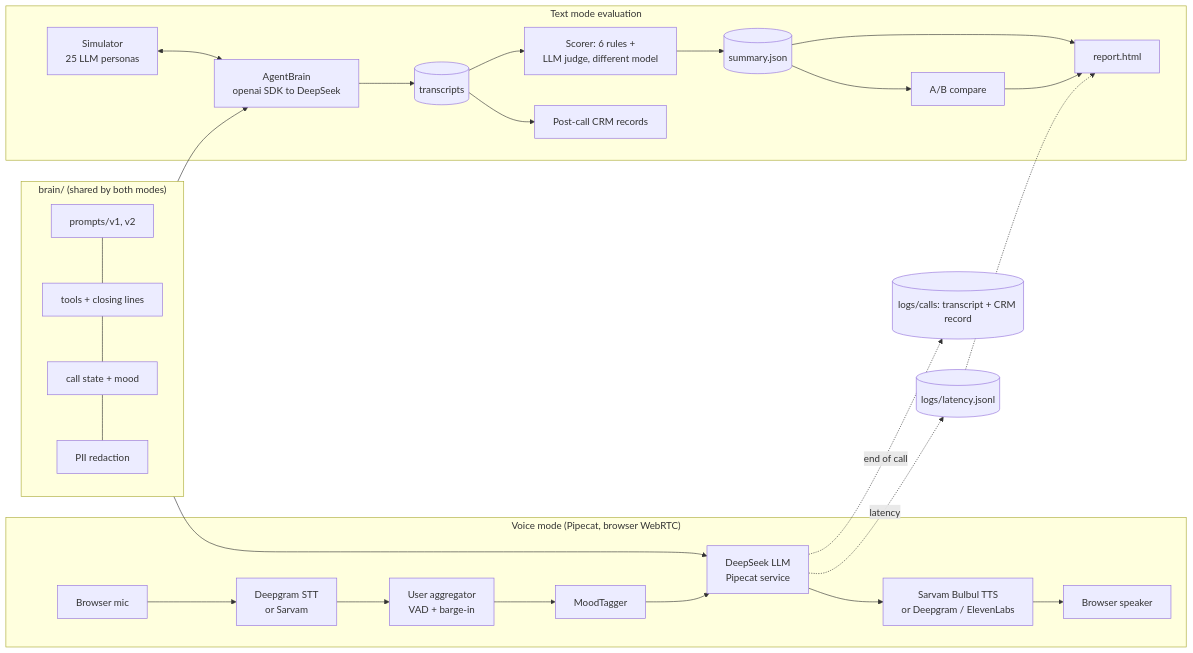
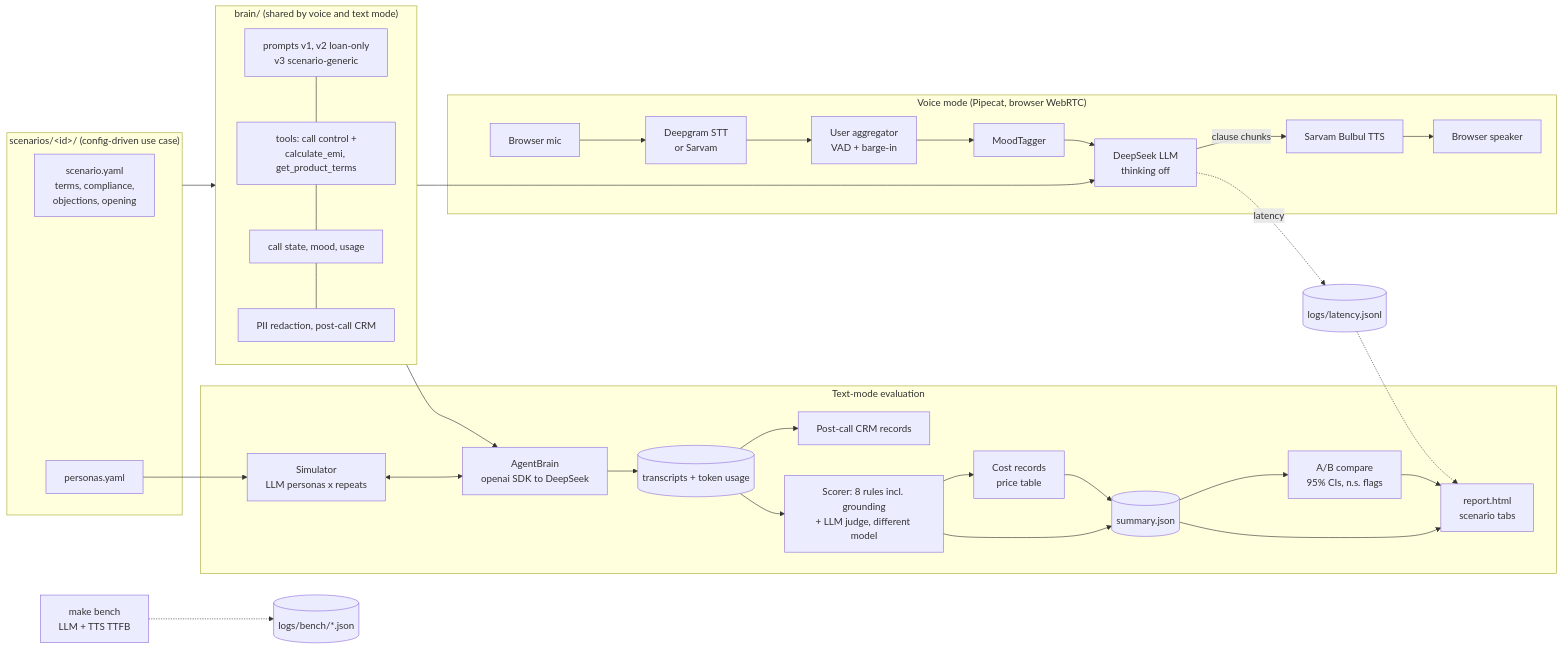
One commit to pragna2334-design/arrowhead-project changed the diagram in README.md. Above: the diagram before and after it, drawn with Mermaid. The commit also changed other lines of this file and 1 other file, not shown here.

First line of the commit message:
README and DECISIONS: scenarios, grounding, cost model, statistical method, bench

````diff
--- a/README.md
+++ b/README.md
@@ -25,33 +34,42 @@
 ```mermaid
 flowchart LR
+    subgraph Packs["scenarios/&lt;id&gt;/ (config-driven use case)"]
+        SY[scenario.yaml<br/>terms, compliance,<br/>objections, opening]
+        PY[personas.yaml]
+    end
+
+    subgraph Brain["brain/ (shared by voice and text mode)"]
+        P[prompts v1, v2 loan-only<br/>v3 scenario-generic] --- T[tools: call control +<br/>calculate_emi, get_product_terms]
+        T --- S[call state, mood, usage]
+        S --- R[PII redaction, post-call CRM]
+    end
+
     subgraph Voice["Voice mode (Pipecat, browser WebRTC)"]
         Mic[Browser mic] --> STT[Deepgram STT<br/>or Sarvam]
         STT --> UA[User aggregator<br/>VAD + barge-in]
         UA --> Mood[MoodTagger]
-        Mood --> LLM[DeepSeek LLM<br/>Pipecat service]
-        LLM --> TTS[Sarvam Bulbul TTS<br/>or Deepgram / ElevenLabs]
+        Mood --> LLM[DeepSeek LLM<br/>thinking off]
+        LLM -->|clause chunks| TTS[Sarvam Bulbul TTS]
         TTS --> Spk[Browser speaker]
     end
 
-    subgraph Brain["brain/ (shared by both modes)"]
-        P[prompts/v1, v2] --- T[tools + closing lines]
-        T --- S[call state + mood]
-        S --- R[PII redaction]
-    end
-
-    subgraph Eval["Text mode evaluation"]
-        Sim[Simulator<br/>25 LLM personas] <--> AB[AgentBrain<br/>openai SDK to DeepSeek]
-        AB --> TR[(transcripts)]
+    subgraph Eval["Text-mode evaluation"]
+        Sim[Simulator<br/>LLM personas x repeats] <--> AB[AgentBrain<br/>openai SDK to DeepSeek]
+        AB --> TR[(transcripts + token usage)]
         TR --> PC[Post-call CRM records]
-        TR --> SC[Scorer: 6 rules +<br/>LLM judge, different model]
+        TR --> SC[Scorer: 8 rules incl. grounding<br/>+ LLM judge, different model]
+        SC --> COST[Cost records<br/>price table]
         SC --> SUM[(summary.json)]
-        SUM --> CMP[A/B compare]
-        SUM --> REP[report.html]
+        COST --> SUM
+        SUM --> CMP[A/B compare<br/>95% CIs, n.s. flags]
+        SUM --> REP[report.html<br/>scenario tabs]
         CMP --> REP
     end
 
+    Packs --> Brain
+    PY --> Sim
     Brain --> LLM
     Brain --> AB
     LLM -.latency.-> LAT[(logs/latency.jsonl)] -.-> REP
-    LLM -.end of call.-> VC[(logs/calls: transcript + CRM record)]
+    BENCH[make bench<br/>LLM + TTS TTFB] -.-> BJ[(logs/bench/*.json)]
 ```
````
